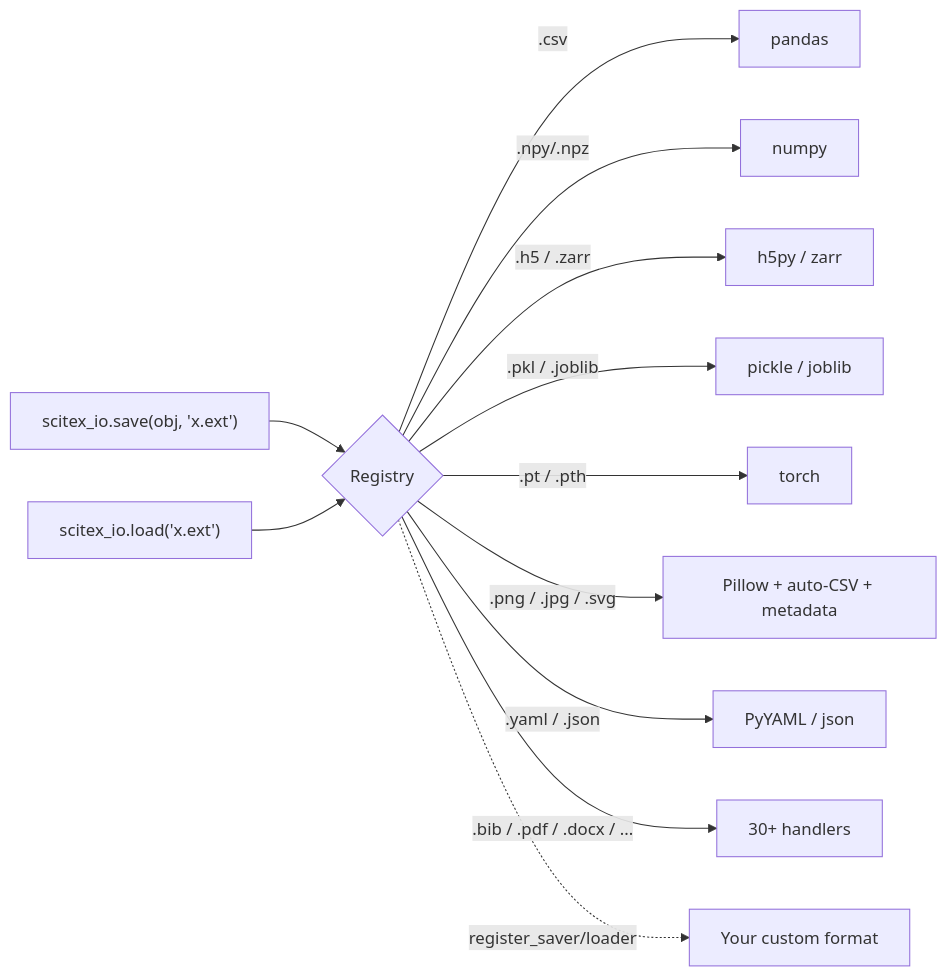
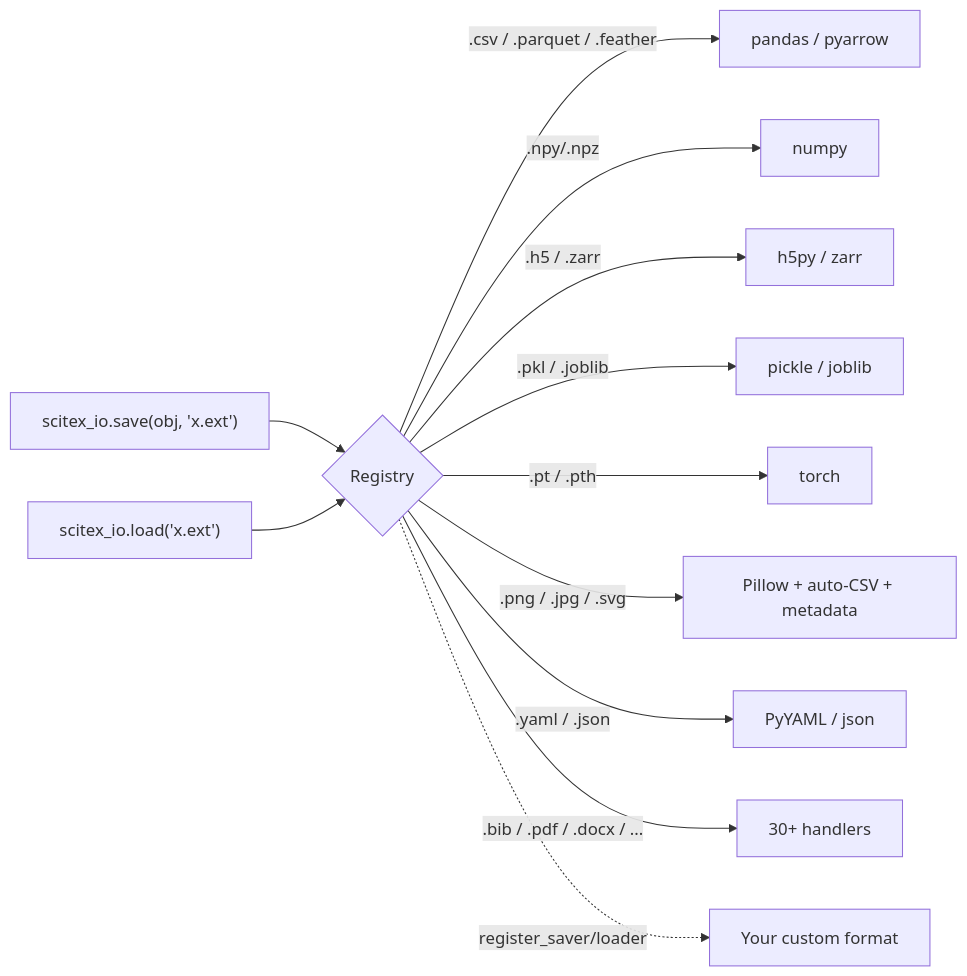
Before and after one commit to scitex-ai/scitex-io: the first of 3 diagrams in README.md, drawn with Mermaid. The commit also changed other lines of this file, not shown here.

Commit message:
docs(readme): surface recent parquet+feather support in diagram and formats table

````diff
--- a/README.md
+++ b/README.md
@@ -81,14 +82,14 @@
 ```mermaid
 flowchart LR
     A["scitex_io.save(obj, 'x.ext')"] --> B{Registry}
     L["scitex_io.load('x.ext')"] --> B
-    B -->|.csv| C[pandas]
+    B -->|.csv / .parquet / .feather| C[pandas / pyarrow]
     B -->|.npy/.npz| D[numpy]
     B -->|.h5 / .zarr| E[h5py / zarr]
     B -->|.pkl / .joblib| F[pickle / joblib]
     B -->|.pt / .pth| G[torch]
     B -->|.png / .jpg / .svg| H[Pillow + auto-CSV + metadata]
     B -->|.yaml / .json| I[PyYAML / json]
     B -->|.bib / .pdf / .docx / ...| J[30+ handlers]
     B -.->|register_saver/loader| K[Your custom format]
 ```
````
